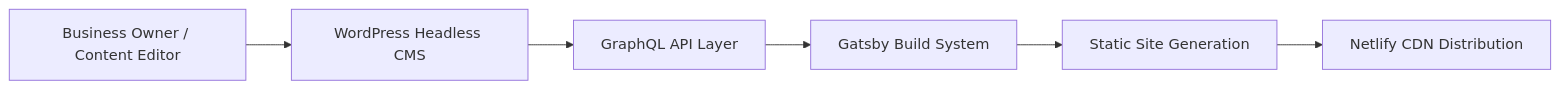
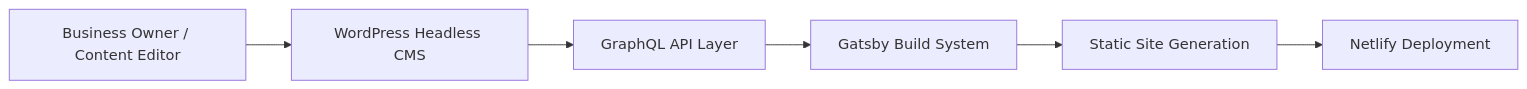
Before and after one commit to realAbdullah4504/realAbdullah4504.github.io: the diagram in projects/ateitis-homepage/case-study.md, drawn with Mermaid. The commit also changed other lines of this file, not shown here.

````diff
--- a/projects/ateitis-homepage/case-study.md
+++ b/projects/ateitis-homepage/case-study.md
@@ -27,8 +27,8 @@
 ```mermaid
 flowchart LR
     Editor[Business Owner / Content Editor] --> WP[WordPress Headless CMS]
     WP --> API[GraphQL API Layer]
     API --> Gatsby[Gatsby Build System]
     Gatsby --> Site[Static Site Generation]
-    Site --> CDN[Netlify CDN Distribution]
+    Site --> Netlify[Netlify Deployment]
 ```
````
